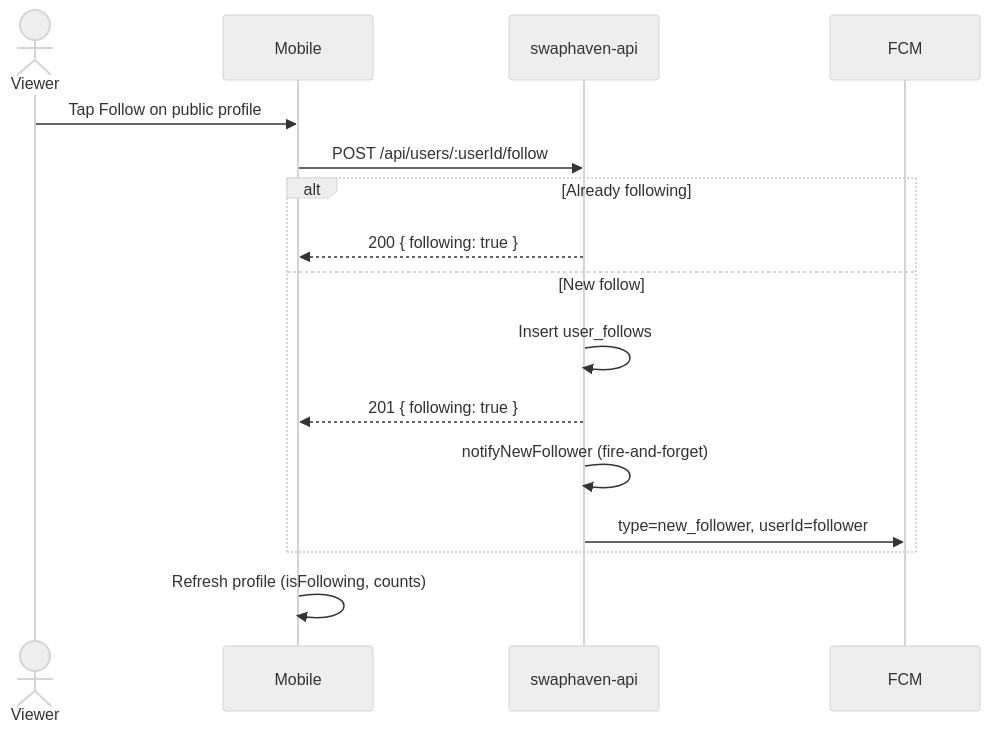
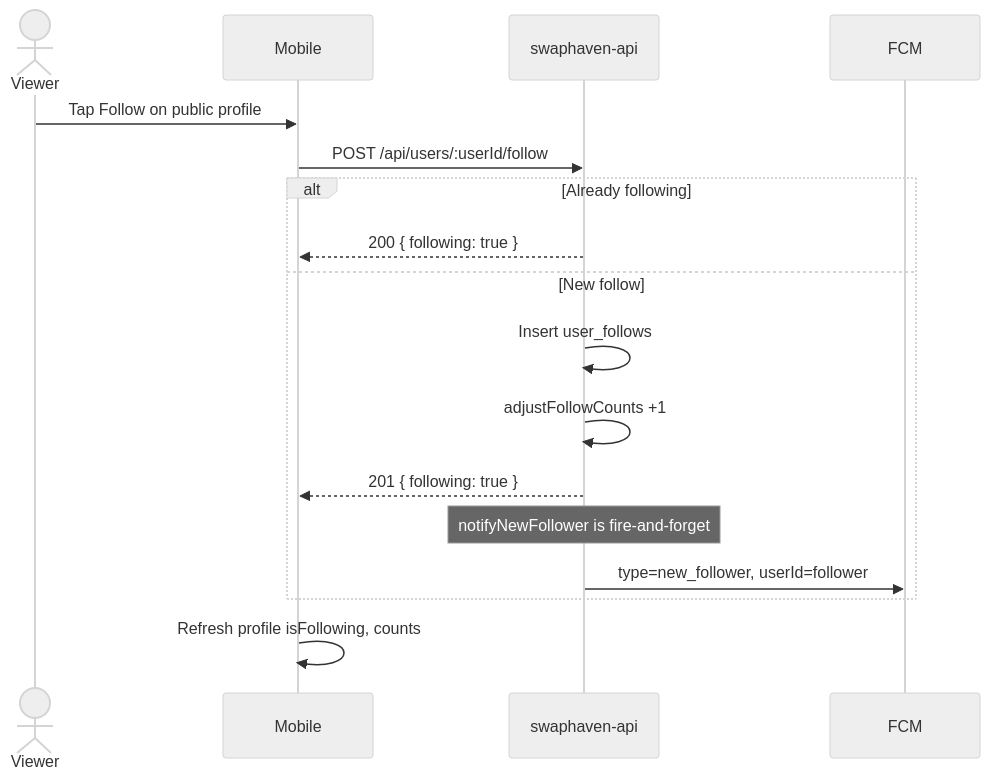
The fourth of 13 diagrams in docs/FOLLOW_FEATURE.md (barterinfo/swaphaven-backend), drawn with Mermaid (neutral theme) before and after one commit. The commit also changed other lines of this file and 2 other files, not shown here.

````diff
--- a/docs/FOLLOW_FEATURE.md
+++ b/docs/FOLLOW_FEATURE.md
@@ -174,19 +196,20 @@
 ```mermaid
 sequenceDiagram
   actor U as Viewer
   participant App as Mobile
   participant API as swaphaven-api
   participant Push as FCM
 
   U->>App: Tap Follow on public profile
   App->>API: POST /api/users/:userId/follow
   alt Already following
     API-->>App: 200 { following: true }
   else New follow
     API->>API: Insert user_follows
+    API->>API: adjustFollowCounts +1
     API-->>App: 201 { following: true }
-    API->>API: notifyNewFollower (fire-and-forget)
+    Note over API: notifyNewFollower is fire-and-forget
     API->>Push: type=new_follower, userId=follower
   end
-  App->>App: Refresh profile (isFollowing, counts)
+  App->>App: Refresh profile isFollowing, counts
 ```
````
